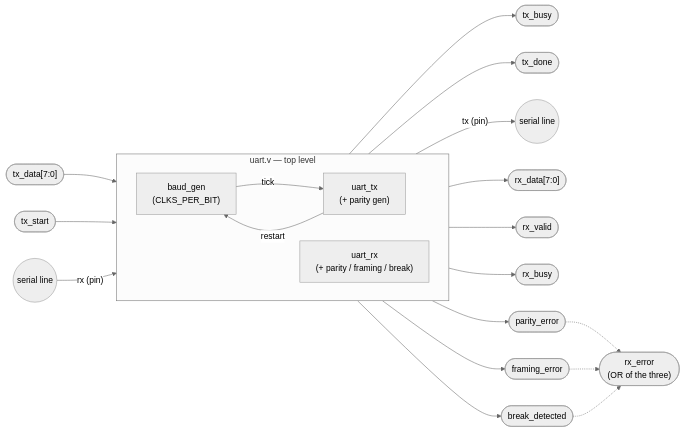
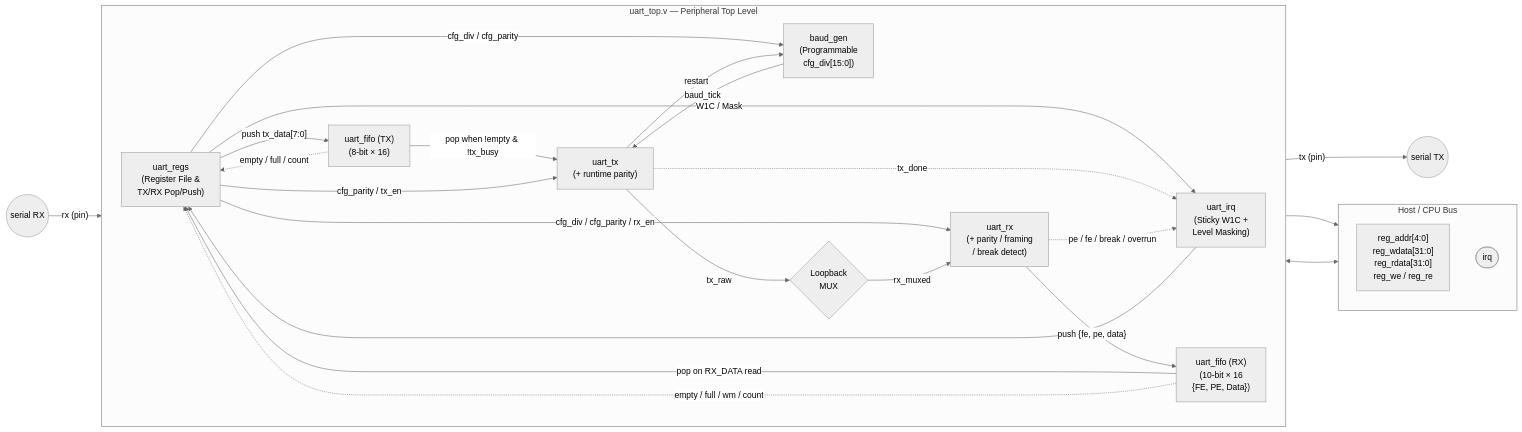
Before and after one commit to TharinduHimantha/8-bit-UART-Communication-System-in-Verilog-HDL: the first of 5 diagrams in README.md, drawn with Mermaid (neutral theme). The commit also changed other lines of this file and 54 other files, not shown here.

````diff
--- a/README.md
+++ b/README.md
@@ -86,29 +63,48 @@
 ```mermaid
 flowchart LR
-    subgraph TOP["uart.v — top level"]
-        direction LR
-        BG["baud_gen<br/>(CLKS_PER_BIT)"]
-        TX["uart_tx<br/>(+ parity gen)"]
-        RX["uart_rx<br/>(+ parity / framing / break)"]
+    subgraph CPU["Host / CPU Bus"]
+        direction TB
+        BUS["reg_addr[4:0]<br/>reg_wdata[31:0]<br/>reg_rdata[31:0]<br/>reg_we / reg_re"]
+        IRQ_OUT(["irq"])
     end
 
-    tx_data(["tx_data[7:0]"]) --> TX
-    tx_start(["tx_start"]) --> TX
-    BG -- tick --> TX
-    TX -- restart --> BG
-    TX --> tx_busy(["tx_busy"])
-    TX --> tx_done(["tx_done"])
-    TX -- "tx (pin)" --> TXPIN(("serial line"))
+    subgraph TOP["uart_top.v — Peripheral Top Level"]
+        direction LR
+        REGS["uart_regs<br/>(Register File &<br/>TX/RX Pop/Push)"]
+        IRQ["uart_irq<br/>(Sticky W1C +<br/>Level Masking)"]
+        TX_FIFO["uart_fifo (TX)<br/>(8-bit × 16)"]
+        RX_FIFO["uart_fifo (RX)<br/>(10-bit × 16<br/>{FE, PE, Data})"]
+        BG["baud_gen<br/>(Programmable<br/>cfg_div[15:0])"]
+        TX["uart_tx<br/>(+ runtime parity)"]
+        RX["uart_rx<br/>(+ parity / framing<br/>/ break detect)"]
+        LBMUX{"Loopback<br/>MUX"}
+    end
 
-    RXPIN(("serial line")) -- "rx (pin)" --> RX
-    RX --> rx_data(["rx_data[7:0]"])
-    RX --> rx_valid(["rx_valid"])
-    RX --> rx_busy(["rx_busy"])
-    RX --> parity_error(["parity_error"])
-    RX --> framing_error(["framing_error"])
-    RX --> break_detected(["break_detected"])
+    BUS <--> REGS
+    REGS -- "W1C / Mask" --> IRQ
+    IRQ --> REGS
+    IRQ --> IRQ_OUT
 
-    parity_error -.-> rx_error(["rx_error<br/>(OR of the three)"])
-    framing_error -.-> rx_error
-    break_detected -.-> rx_error
+    REGS -- "push tx_data[7:0]" --> TX_FIFO
+    TX_FIFO -- "pop when !empty & !tx_busy" --> TX
+    REGS -- "cfg_div / cfg_parity" --> BG
+    REGS -- "cfg_parity / tx_en" --> TX
+    REGS -- "cfg_div / cfg_parity / rx_en" --> RX
+
+    BG -- "baud_tick" --> TX
+    TX -- "restart" --> BG
+
+    TX -- "tx_raw" --> LBMUX
+    TX -- "tx (pin)" --> TXPIN(("serial TX"))
+
+    RXPIN(("serial RX")) -- "rx (pin)" --> LBMUX
+    LBMUX -- "rx_muxed" --> RX
+
+    RX -- "push {fe, pe, data}" --> RX_FIFO
+    RX_FIFO -- "pop on RX_DATA read" --> REGS
+
+    TX -. "tx_done" .-> IRQ
+    RX -. "pe / fe / break / overrun" .-> IRQ
+    TX_FIFO -. "empty / full / count" .-> REGS
+    RX_FIFO -. "empty / full / wm / count" .-> REGS
 ```
````
